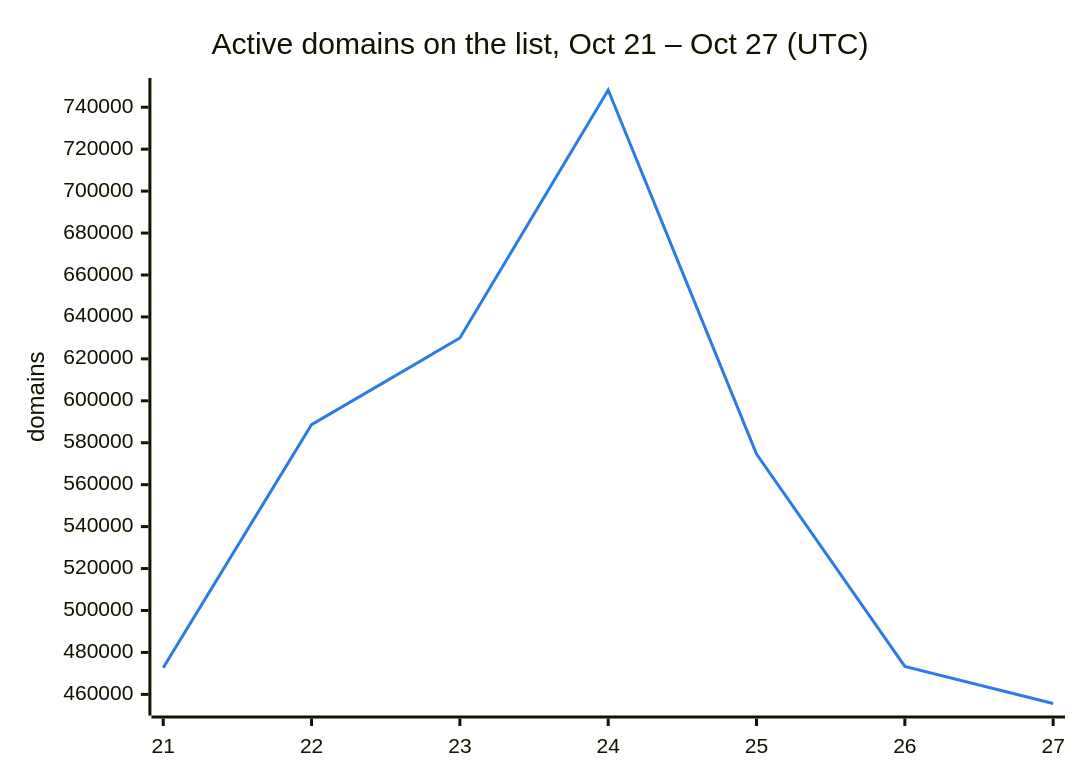
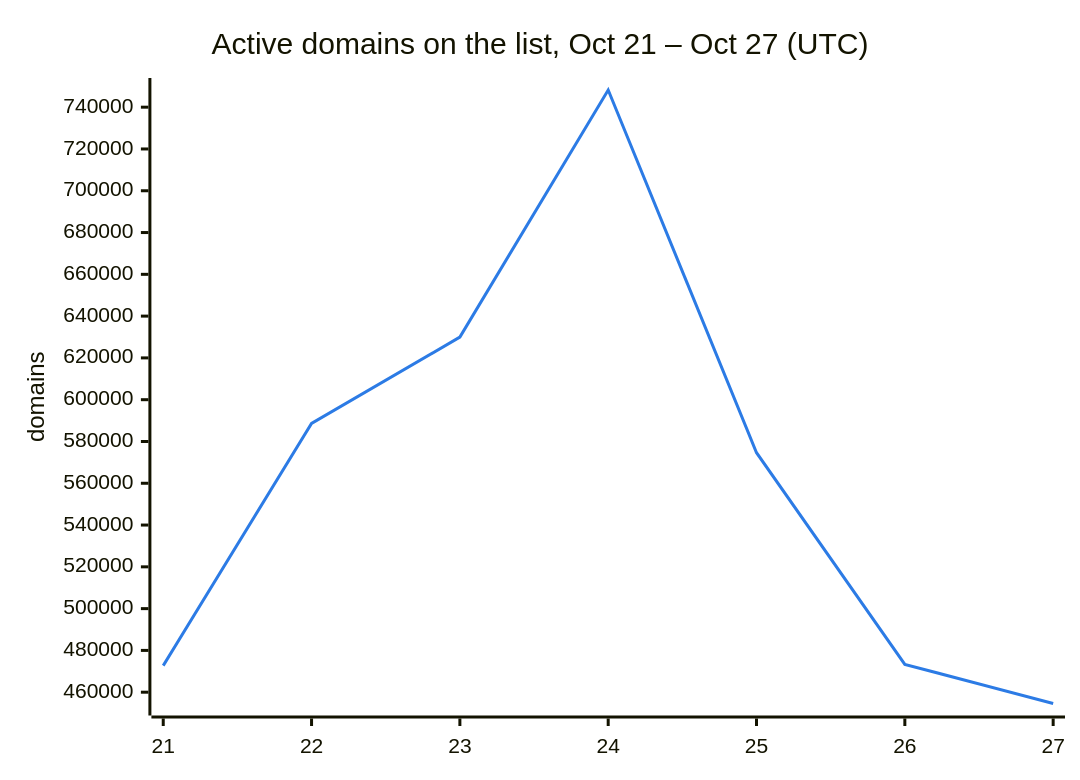
One commit to DNSBunker/CTI changed the second of 3 diagrams in README.md. Above: the diagram before and after it, drawn with Mermaid. The commit also changed other lines of this file and 3 other files, not shown here.

````diff
--- a/README.md
+++ b/README.md
@@ -38,8 +38,8 @@
 ```mermaid
 %%{init: {"themeVariables": {"xyChart": {"plotColorPalette": "#2c7be5"}}}}%%
 xychart-beta
     title "Active domains on the list, Oct 21 – Oct 27 (UTC)"
     x-axis ["21", "22", "23", "24", "25", "26", "27"]
     y-axis "domains"
-    line [472713, 588659, 629951, 748222, 574614, 473331, 455648]
+    line [472713, 588659, 629951, 748222, 574614, 473331, 454592]
 ```
````
